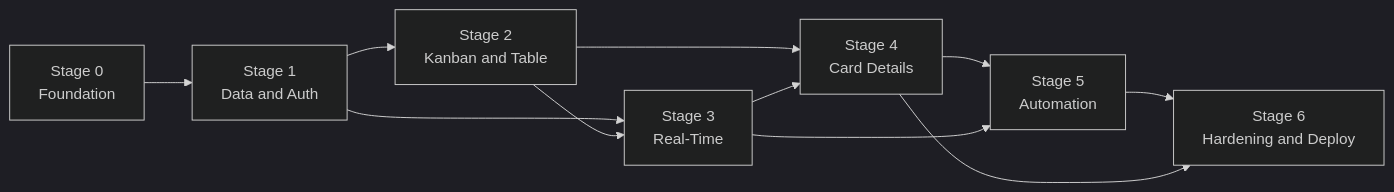
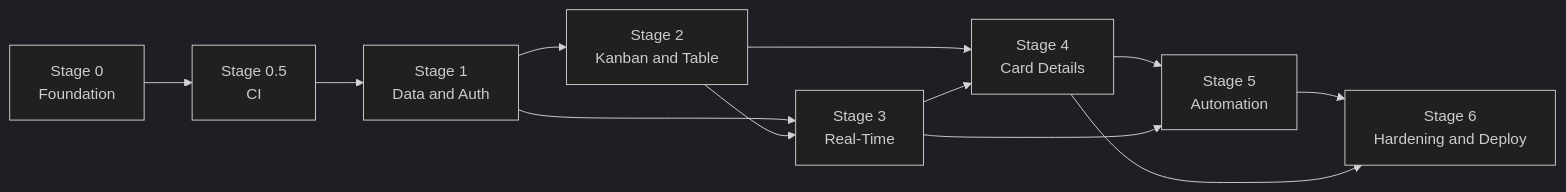
One commit to asadw1/kanban-workflow-suite changed the second of 2 diagrams in docs/roadmap.md. Above: the diagram before and after it, drawn with Mermaid (dark theme). The commit also changed other lines of this file, not shown here.

Commit message:
docs(crtwks): add stage 0.5 for the ci and repository automation work

````diff
--- a/docs/roadmap.md
+++ b/docs/roadmap.md
@@ -27,13 +28,14 @@
 ```mermaid
 flowchart LR
-    S0[Stage 0<br/>Foundation] --> S1[Stage 1<br/>Data and Auth]
+    S0[Stage 0<br/>Foundation] --> S05[Stage 0.5<br/>CI]
+    S05 --> S1[Stage 1<br/>Data and Auth]
     S1 --> S2[Stage 2<br/>Kanban and Table]
     S1 --> S3[Stage 3<br/>Real-Time]
     S2 --> S3
     S2 --> S4[Stage 4<br/>Card Details]
     S3 --> S4
     S4 --> S5[Stage 5<br/>Automation]
     S3 --> S5
     S5 --> S6[Stage 6<br/>Hardening and Deploy]
     S4 --> S6
 ```
````
